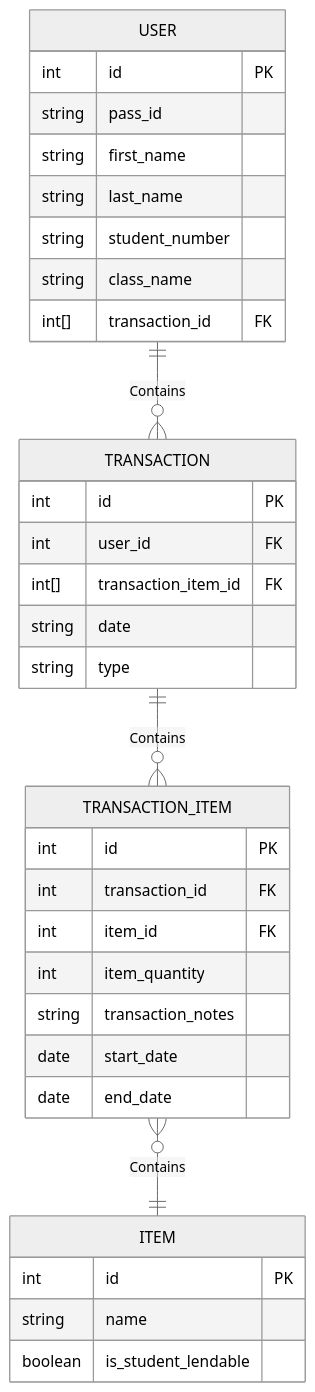
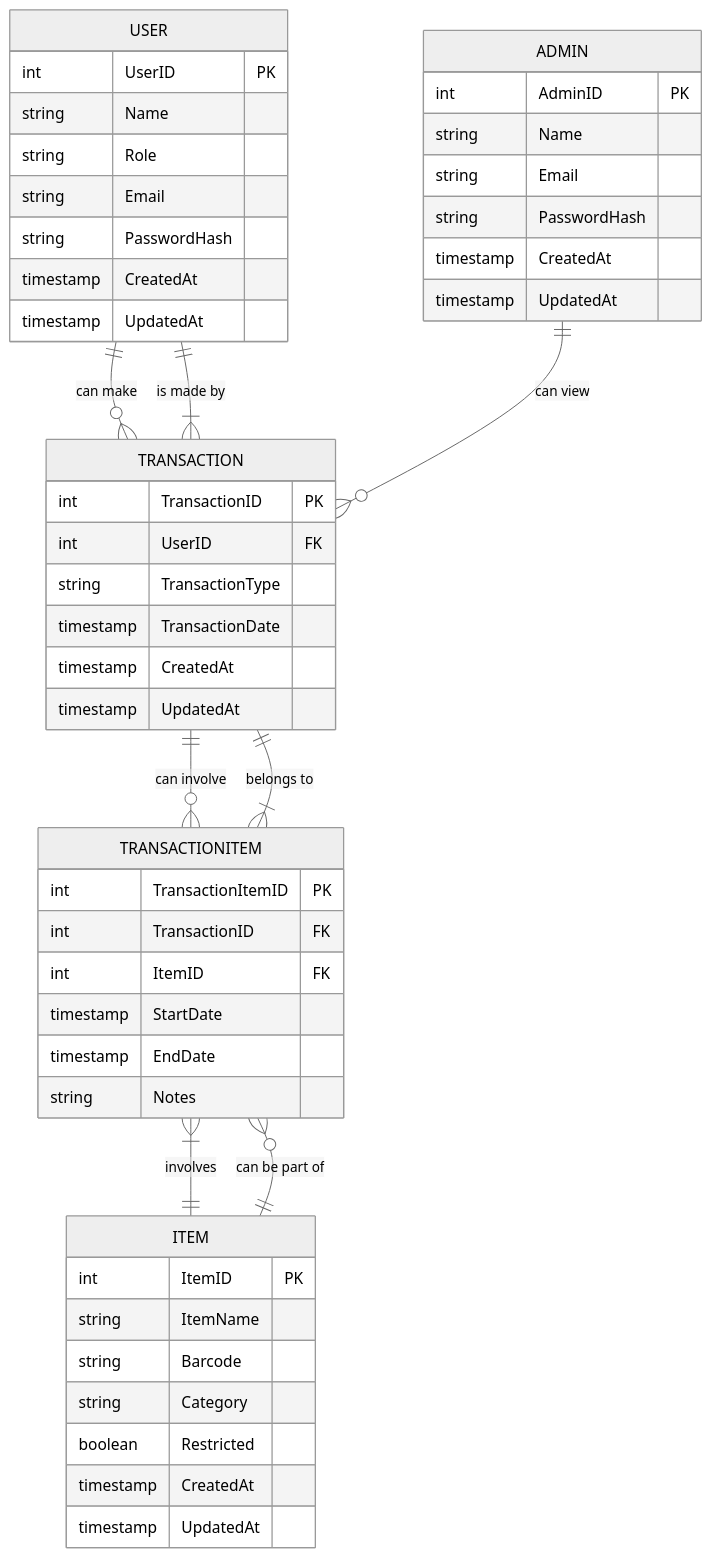
Before and after one commit to Sintayu-de-Kuiper/inventory-management-system: the diagram in docs/SDD.md, drawn with Mermaid (neutral theme). The commit also changed 1 other file, not shown here.

Commit message:
ERD nieuwe versie

````diff
--- a/docs/SDD.md
+++ b/docs/SDD.md
@@ -7,40 +7,58 @@
 ```mermaid
 erDiagram
-    USER ||--o{ TRANSACTION: Contains
-    TRANSACTION ||--o{ TRANSACTION_ITEM: Contains
-    TRANSACTION_ITEM }o--|| ITEM: Contains
-
     USER {
-        int id PK
-        string pass_id
-        string first_name
-        string last_name
-        string student_number
-        string class_name
-        int[] transaction_id FK
+        int UserID PK
+        string Name
+        string Role
+        string Email
+        string PasswordHash
+        timestamp CreatedAt
+        timestamp UpdatedAt
     }
 
     ITEM {
-        int id PK
-        string name
-        boolean is_student_lendable
+        int ItemID PK
+        string ItemName
+        string Barcode
+        string Category
+        boolean Restricted
+        timestamp CreatedAt
+        timestamp UpdatedAt
     }
 
-    TRANSACTION_ITEM {
-        int id PK
-        int transaction_id FK
-        int item_id FK
-        int item_quantity
-        string transaction_notes
-        date start_date
-        date end_date
+    TRANSACTION {
+        int TransactionID PK
+        int UserID FK
+        string TransactionType
+        timestamp TransactionDate
+        timestamp CreatedAt
+        timestamp UpdatedAt
     }
 
-    TRANSACTION{
-        int id PK
-        int user_id FK
-        int[] transaction_item_id FK
-        string date
-        string type
+    TRANSACTIONITEM {
+        int TransactionItemID PK
+        int TransactionID FK
+        int ItemID FK
+        timestamp StartDate
+        timestamp EndDate
+        string Notes
     }
+
+    ADMIN {
+        int AdminID PK
+        string Name
+        string Email
+        string PasswordHash
+        timestamp CreatedAt
+        timestamp UpdatedAt
+    }
+
+    USER ||--o{ TRANSACTION : "can make"
+    ITEM ||--o{ TRANSACTIONITEM : "can be part of"
+    TRANSACTION ||--o{ TRANSACTIONITEM : "can involve"
+    ADMIN ||--o{ TRANSACTION : "can view"
+
+    TRANSACTION }|--|| USER : "is made by"
+    TRANSACTIONITEM }|--|| TRANSACTION : "belongs to"
+    TRANSACTIONITEM }|--|| ITEM : "involves"
 ```
````
